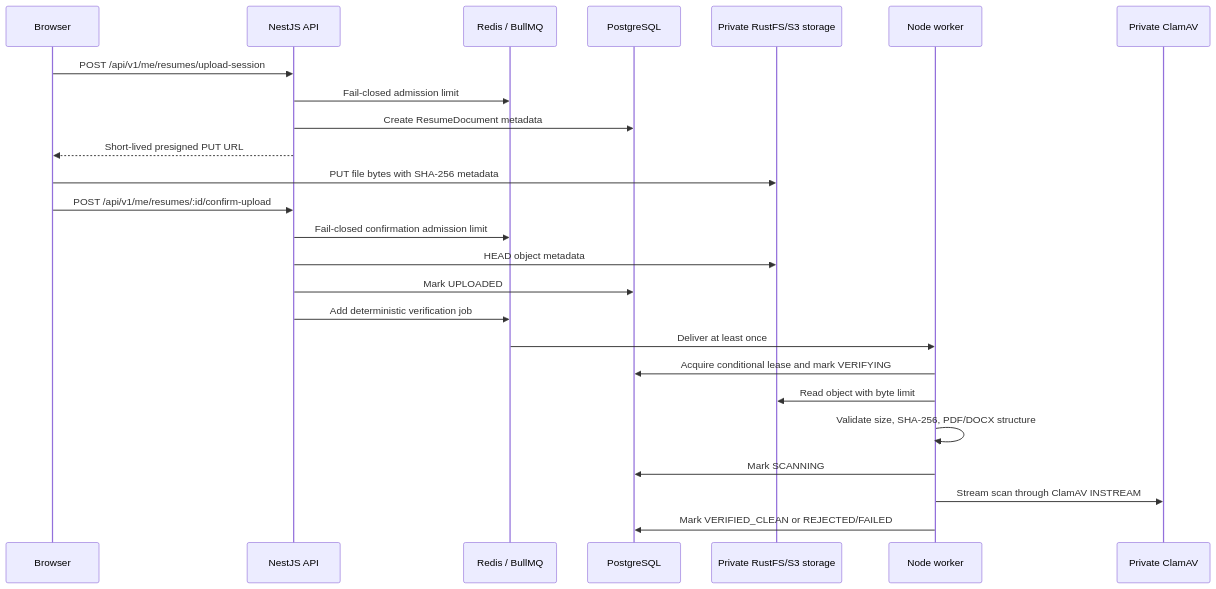
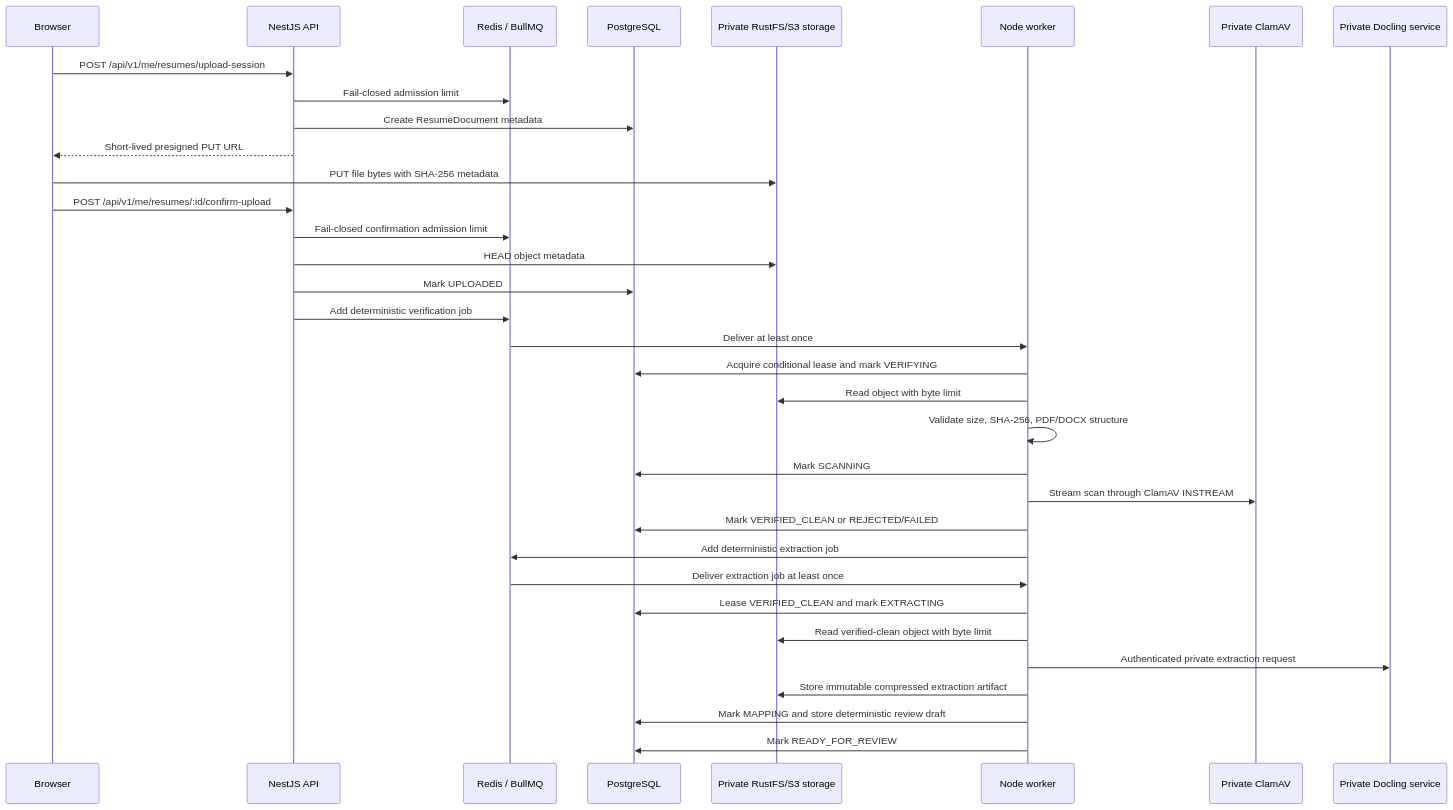
The sixth of 6 diagrams in README.md (YounasKhan2/rolebrief), drawn with Mermaid before and after one commit. The commit also changed other lines of this file and 25 other files, not shown here.

Commit message:
feat(resumes): add private Docling extraction and deterministic mapping

````diff
--- a/README.md
+++ b/README.md
@@ -294,28 +299,37 @@
 ```mermaid
 sequenceDiagram
   participant B as Browser
   participant A as NestJS API
   participant R as Redis / BullMQ
   participant D as PostgreSQL
   participant S as Private RustFS/S3 storage
   participant W as Node worker
   participant C as Private ClamAV
+  participant X as Private Docling service
 
   B->>A: POST /api/v1/me/resumes/upload-session
   A->>R: Fail-closed admission limit
   A->>D: Create ResumeDocument metadata
   A-->>B: Short-lived presigned PUT URL
   B->>S: PUT file bytes with SHA-256 metadata
   B->>A: POST /api/v1/me/resumes/:id/confirm-upload
   A->>R: Fail-closed confirmation admission limit
   A->>S: HEAD object metadata
   A->>D: Mark UPLOADED
   A->>R: Add deterministic verification job
   R->>W: Deliver at least once
   W->>D: Acquire conditional lease and mark VERIFYING
   W->>S: Read object with byte limit
   W->>W: Validate size, SHA-256, PDF/DOCX structure
   W->>D: Mark SCANNING
   W->>C: Stream scan through ClamAV INSTREAM
   W->>D: Mark VERIFIED_CLEAN or REJECTED/FAILED
+  W->>R: Add deterministic extraction job
+  R->>W: Deliver extraction job at least once
+  W->>D: Lease VERIFIED_CLEAN and mark EXTRACTING
+  W->>S: Read verified-clean object with byte limit
+  W->>X: Authenticated private extraction request
+  W->>S: Store immutable compressed extraction artifact
+  W->>D: Mark MAPPING and store deterministic review draft
+  W->>D: Mark READY_FOR_REVIEW
 ```
````
